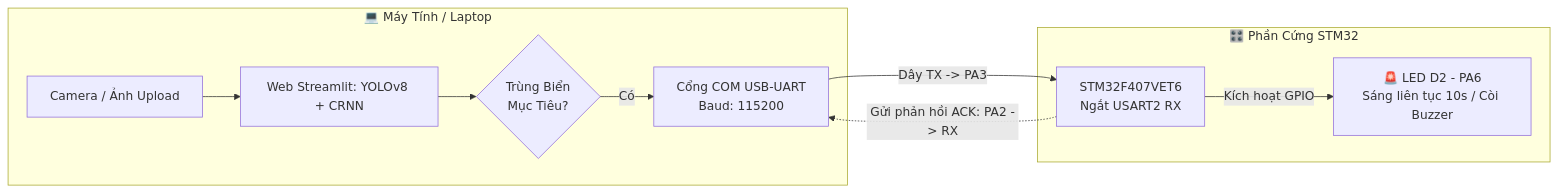
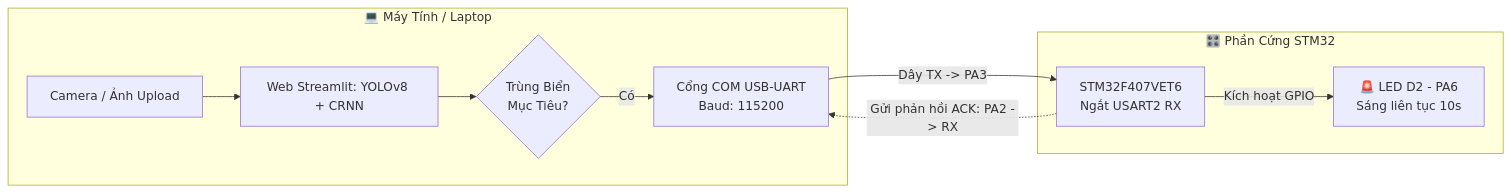
Before and after one commit to thang0989052585-del/DA_KY_523100182_He_Thong_Nhan_dien_bien_so_xe: the third of 4 diagrams in README.md, drawn with Mermaid. The commit also changed other lines of this file and 3 other files, not shown here.

Commit message:
docs(iot): bo coi buzzer chi de LED D2 sang 10s, bo sung huong dan nap va ket noi phan cung buoc 5 trong README

````diff
--- a/README.md
+++ b/README.md
@@ -211,14 +285,14 @@
 ```mermaid
 flowchart LR
     subgraph Laptop["💻 Máy Tính / Laptop"]
         Cam[Camera / Ảnh Upload] --> AI[Web Streamlit: YOLOv8 + CRNN]
         AI --> Match{Trùng Biển<br/>Mục Tiêu?}
         Match -- Có --> Serial[Cổng COM USB-UART<br/>Baud: 115200]
     end
 
     subgraph Hardware["🎛️ Phần Cứng STM32"]
         Serial -->|Dây TX -> PA3| STM[STM32F407VET6<br/>Ngắt USART2 RX]
-        STM -->|Kích hoạt GPIO| LED[🚨 LED D2 - PA6<br/>Sáng liên tục 10s / Còi Buzzer]
+        STM -->|Kích hoạt GPIO| LED[🚨 LED D2 - PA6<br/>Sáng liên tục 10s]
         STM -.->|Gửi phản hồi ACK: PA2 -> RX| Serial
     end
 ```
````
